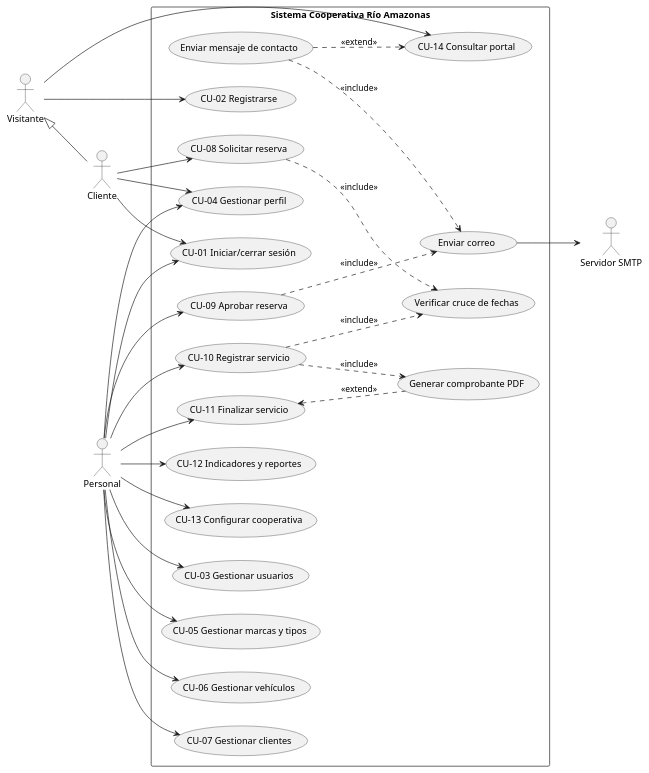
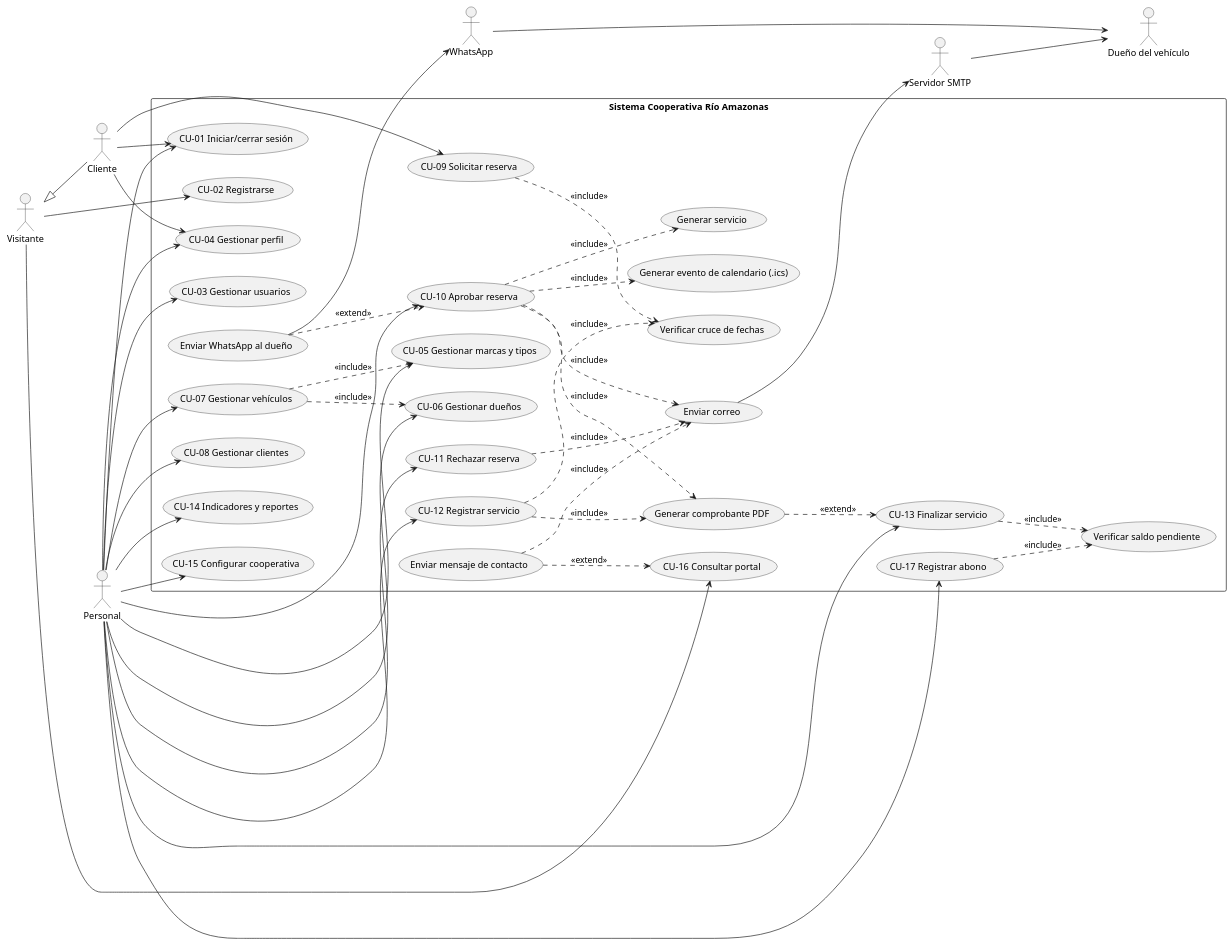
Before and after one commit to RobertoC2k/coop_rio_amazonas: the second of 2 diagrams in estado-actual-sistema.md, drawn with PlantUML. The commit also changed other lines of this file, not shown here.

Commit message:
Estado actual del sistema al commit e605147: servicios, abonos y seguridad

````diff
--- a/estado-actual-sistema.md
+++ b/estado-actual-sistema.md
@@ -424,57 +532,81 @@
 ```plantuml
 @startuml
 left to right direction
 actor Visitante
 actor Cliente
 actor "Personal" as Admin
+actor "Dueño del vehículo" as Duenio
 actor "Servidor SMTP" as SMTP
+actor "WhatsApp" as WA
 Visitante <|-- Cliente
 
 rectangle "Sistema Cooperativa Río Amazonas" {
   usecase "CU-01 Iniciar/cerrar sesión" as CU01
   usecase "CU-02 Registrarse" as CU02
   usecase "CU-03 Gestionar usuarios" as CU03
   usecase "CU-04 Gestionar perfil" as CU04
   usecase "CU-05 Gestionar marcas y tipos" as CU05
-  usecase "CU-06 Gestionar vehículos" as CU06
-  usecase "CU-07 Gestionar clientes" as CU07
-  usecase "CU-08 Solicitar reserva" as CU08
-  usecase "CU-09 Aprobar reserva" as CU09
-  usecase "CU-10 Registrar servicio" as CU10
-  usecase "CU-11 Finalizar servicio" as CU11
-  usecase "CU-12 Indicadores y reportes" as CU12
-  usecase "CU-13 Configurar cooperativa" as CU13
-  usecase "CU-14 Consultar portal" as CU14
+  usecase "CU-06 Gestionar dueños" as CU06
+  usecase "CU-07 Gestionar vehículos" as CU07
+  usecase "CU-08 Gestionar clientes" as CU08
+  usecase "CU-09 Solicitar reserva" as CU09
+  usecase "CU-10 Aprobar reserva" as CU10
+  usecase "CU-11 Rechazar reserva" as CU11
+  usecase "CU-12 Registrar servicio" as CU12
+  usecase "CU-13 Finalizar servicio" as CU13
+  usecase "CU-14 Indicadores y reportes" as CU14
+  usecase "CU-15 Configurar cooperativa" as CU15
+  usecase "CU-16 Consultar portal" as CU16
+  usecase "CU-17 Registrar abono" as CU17
   usecase "Verificar cruce de fechas" as VCF
+  usecase "Verificar saldo pendiente" as SAL
+  usecase "Generar servicio" as GSV
   usecase "Enviar correo" as MAIL
+  usecase "Generar evento de calendario (.ics)" as ICS
+  usecase "Enviar WhatsApp al dueño" as WSP
   usecase "Generar comprobante PDF" as PDF
   usecase "Enviar mensaje de contacto" as CON
 }
 
 Visitante --> CU02
-Visitante --> CU14
+Visitante --> CU16
 Cliente --> CU01
 Cliente --> CU04
-Cliente --> CU08
+Cliente --> CU09
 Admin --> CU01
 Admin --> CU03
 Admin --> CU04
 Admin --> CU05
 Admin --> CU06
 Admin --> CU07
-Admin --> CU09
+Admin --> CU08
 Admin --> CU10
 Admin --> CU11
 Admin --> CU12
 Admin --> CU13
+Admin --> CU14
+Admin --> CU15
+Admin --> CU17
 
-CU08 ..> VCF : <<include>>
-CU10 ..> VCF : <<include>>
+CU07 ..> CU05 : <<include>>
+CU07 ..> CU06 : <<include>>
+CU09 ..> VCF : <<include>>
+CU12 ..> VCF : <<include>>
+CU12 ..> PDF : <<include>>
+CU10 ..> GSV : <<include>>
+CU10 ..> MAIL : <<include>>
+CU10 ..> ICS : <<include>>
 CU10 ..> PDF : <<include>>
-CU09 ..> MAIL : <<include>>
-CU11 <.. PDF : <<extend>>
-CON ..> CU14 : <<extend>>
+WSP ..> CU10 : <<extend>>
+CU11 ..> MAIL : <<include>>
+CU13 ..> SAL : <<include>>
+CU17 ..> SAL : <<include>>
+PDF ..> CU13 : <<extend>>
+CON ..> CU16 : <<extend>>
 CON ..> MAIL : <<include>>
 MAIL --> SMTP
+SMTP --> Duenio
+WSP --> WA
+WA --> Duenio
 @enduml
 ```
````
